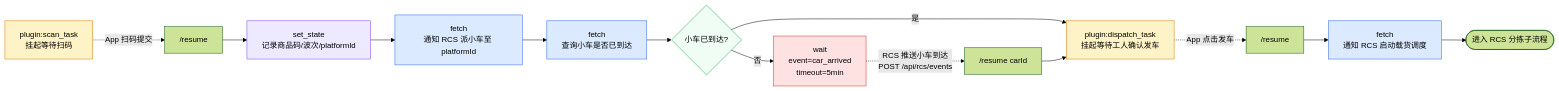
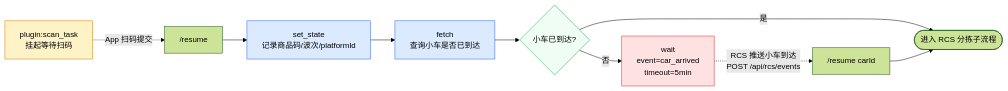
One commit to junqing258/ses-flow changed the second of 5 diagrams in docs/plans/分拣场景规划.md. Above: the diagram before and after it, drawn with Mermaid (forest theme). The commit also changed other lines of this file and 1 other file, not shown here.

````diff
--- a/docs/plans/分拣场景规划.md
+++ b/docs/plans/分拣场景规划.md
@@ -115,26 +114,21 @@
 ```mermaid
 flowchart LR
     S1[plugin:scan_task<br/>挂起等待扫码] -.App 扫码提交.-> S1R["/resume"]
-    S1R --> S2[set_state<br/>记录商品码/波次/platformId]
-    S2 --> S3[fetch<br/>通知 RCS 派小车至 platformId]
+    S1R --> S3[set_state<br/>记录商品码/波次/platformId]
     S3 --> S3Q[fetch<br/>查询小车是否已到达]
     S3Q --> S4{小车已到达?}
-    S4 -- 是 --> S5[plugin:dispatch_task<br/>挂起等待工人确认发车]
+    S4 -- 是 --> OUT([进入 RCS 分拣子流程])
     S4 -- 否 --> S4W[wait<br/>event=car_arrived<br/>timeout=5min]
     S4W -.RCS 推送小车到达<br/>POST /api/rcs/events.-> S4R["/resume carId"]
-    S4R --> S5
-    S5 -.App 点击发车.-> S5R["/resume"]
-    S5R --> S6[fetch<br/>通知 RCS 启动载货调度]
-    S6 --> OUT([进入 RCS 分拣子流程])
+    S4R --> OUT
 
     classDef plugin fill:#fef3c7,stroke:#d97706
     classDef wait fill:#fee2e2,stroke:#dc2626
     classDef fetch fill:#dbeafe,stroke:#2563eb
     classDef state fill:#ede9fe,stroke:#7c3aed
     classDef cond fill:#f0fdf4,stroke:#16a34a
-    class S1,S5 plugin
+    class S1 plugin
     class S4W wait
-    class S3,S3Q,S6 fetch
-    class S2 state
+    class S3,S3Q fetch
     class S4 cond
 ```
````
